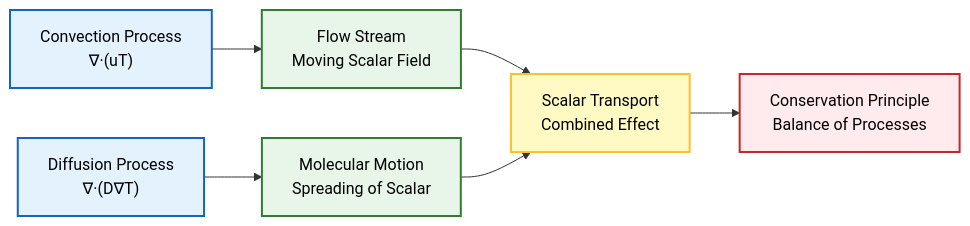
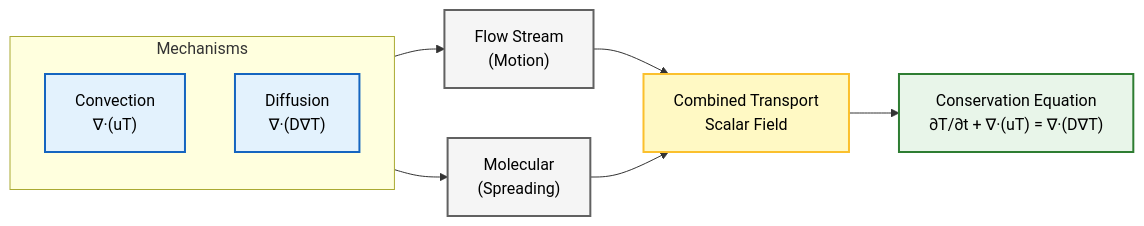
Before and after one commit to wramet/build-my-cfd: the fourth of 5 diagrams in MODULE_01_CFD_FUNDAMENTALS/CONTENT/01_GOVERNING_EQUATIONS/09_Exercises.md, drawn with Mermaid. The commit also changed other lines of this file and 313 other files, not shown here.

Commit message:
Revise all diagram

````diff
--- a/MODULE_01_CFD_FUNDAMENTALS/CONTENT/01_GOVERNING_EQUATIONS/09_Exercises.md
+++ b/MODULE_01_CFD_FUNDAMENTALS/CONTENT/01_GOVERNING_EQUATIONS/09_Exercises.md
@@ -231,19 +227,24 @@
 ```mermaid
 graph LR
-    A["Convection Process<br/>∇·(uT)"] --> B["Flow Stream<br/>Moving Scalar Field"]
-    C["Diffusion Process<br/>∇·(D∇T)"] --> D["Molecular Motion<br/>Spreading of Scalar"]
-    B --> E["Scalar Transport<br/>Combined Effect"]
-    D --> E
-    E --> F["Conservation Principle<br/>Balance of Processes"]
+subgraph Mechanisms
+    direction TB
+    A["Convection<br/>∇·(uT)"]:::implicit
+    C["Diffusion<br/>∇·(D∇T)"]:::implicit
+end
 
-    %% Styling Definitions
-    classDef process fill:#e3f2fd,stroke:#1565c0,stroke-width:2px,color:#000;
-    classDef decision fill:#fff9c4,stroke:#fbc02d,stroke-width:2px,color:#000;
-    classDef terminator fill:#ffebee,stroke:#c62828,stroke-width:2px,color:#000;
-    classDef storage fill:#e8f5e9,stroke:#2e7d32,stroke-width:2px,color:#000;
+B["Flow Stream<br/>(Motion)"]:::context
+D["Molecular<br/>(Spreading)"]:::context
 
-    class A,C process;
-    class B,D storage;
-    class E decision;
-    class F terminator;
+A --> B
+C --> D
+
+B --> E["Combined Transport<br/>Scalar Field"]:::explicit
+D --> E
+
+E --> F["Conservation Equation<br/>∂T/∂t + ∇·(uT) = ∇·(D∇T)"]:::success
+
+classDef context fill:#f5f5f5,stroke:#616161,stroke-width:2px,color:#000;
+classDef implicit fill:#e3f2fd,stroke:#1565c0,stroke-width:2px,color:#000;
+classDef explicit fill:#fff9c4,stroke:#fbc02d,stroke-width:2px,color:#000;
+classDef success fill:#e8f5e9,stroke:#2e7d32,stroke-width:2px,color:#000;
 ```
````
